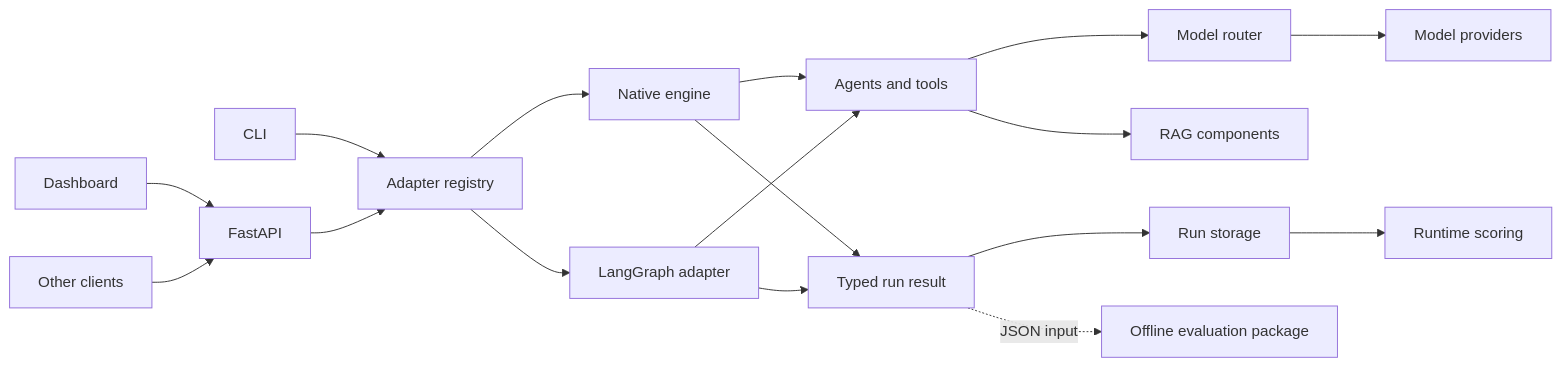
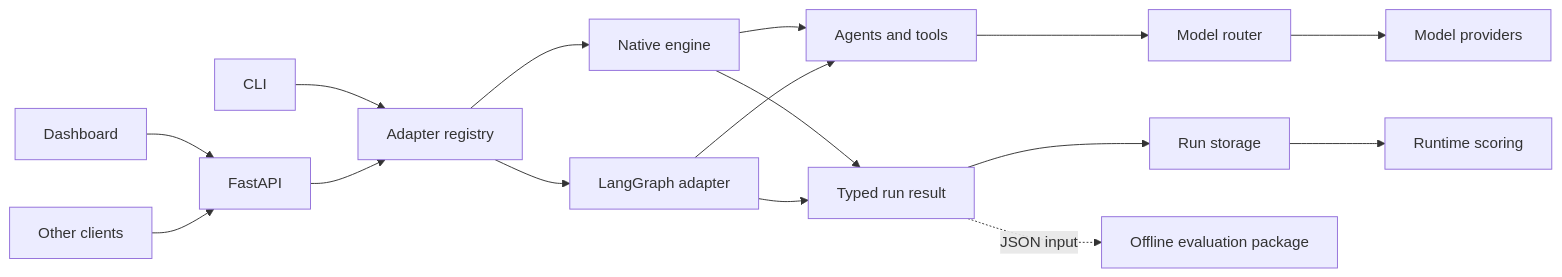
Before and after one commit to tafreeman/agentic-runtime-platform: the diagram in docs/ARCHITECTURE.md, drawn with Mermaid. The commit also changed other lines of this file and 18 other files, not shown here.

````diff
--- a/docs/ARCHITECTURE.md
+++ b/docs/ARCHITECTURE.md
@@ -31,19 +31,18 @@
 ```mermaid
 flowchart LR
     CLI["CLI"] --> ADAPTER["Adapter registry"]
     UI["Dashboard"] --> API["FastAPI"]
     CLIENT["Other clients"] --> API
     API --> ADAPTER
     ADAPTER --> NATIVE["Native engine"]
     ADAPTER --> GRAPH["LangGraph adapter"]
     NATIVE --> AGENT["Agents and tools"]
     GRAPH --> AGENT
     AGENT --> ROUTER["Model router"]
-    AGENT --> RAG["RAG components"]
     ROUTER --> PROVIDER["Model providers"]
     NATIVE --> RESULT["Typed run result"]
     GRAPH --> RESULT
     RESULT --> STORE["Run storage"]
     STORE --> SCORE["Runtime scoring"]
     RESULT -. "JSON input" .-> EVAL["Offline evaluation package"]
 ```
````
